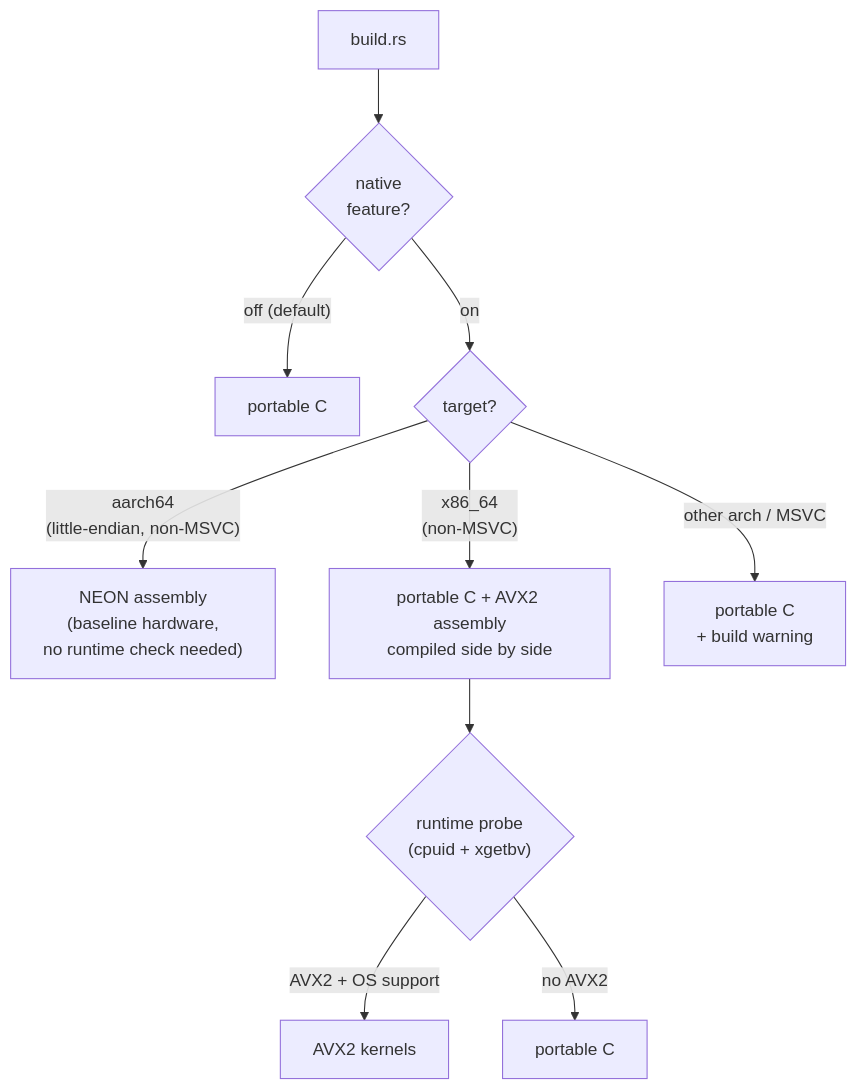
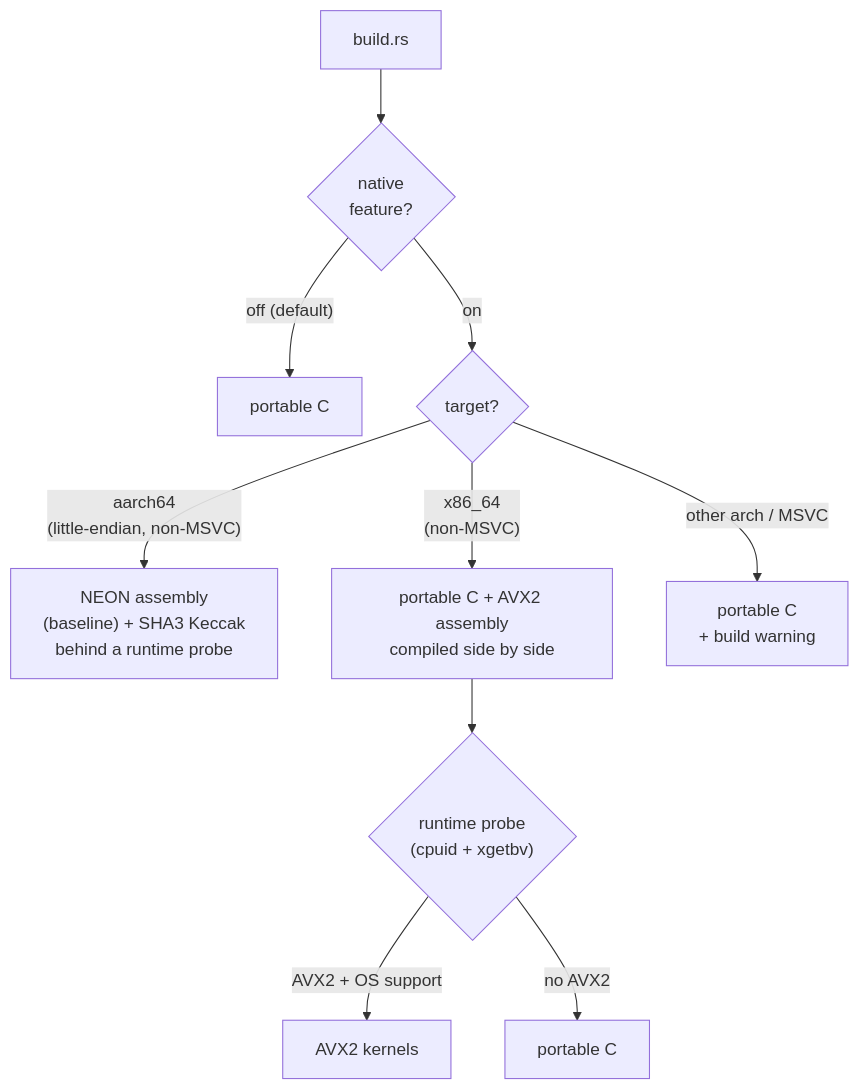
One commit to MystenLabs/mysten-mldsa-native-rs changed the first of 2 diagrams in README.md. Above: the diagram before and after it, drawn with Mermaid. The commit also changed other lines of this file and 5 other files, not shown here.

Commit message:
fix/Gate aarch64 SHA3 kernels at runtime and pin cross-impl signature KATs

````diff
--- a/README.md
+++ b/README.md
@@ -81,13 +84,13 @@
 ```mermaid
 flowchart TD
     A["build.rs"]
     A --> C{"native<br/>feature?"}
     C -- "off (default)" --> P1["portable C"]
     C -- on --> D{"target?"}
-    D -- "aarch64<br/>(little-endian, non-MSVC)" --> N["NEON assembly<br/>(baseline hardware,<br/>no runtime check needed)"]
+    D -- "aarch64<br/>(little-endian, non-MSVC)" --> N["NEON assembly<br/>(baseline) + SHA3 Keccak<br/>behind a runtime probe"]
     D -- "x86_64<br/>(non-MSVC)" --> X["portable C + AVX2 assembly<br/>compiled side by side"]
     D -- "other arch / MSVC" --> P2["portable C<br/>+ build warning"]
     X --> R{"runtime probe<br/>(cpuid + xgetbv)"}
     R -- "AVX2 + OS support" --> AV["AVX2 kernels"]
     R -- "no AVX2" --> P3["portable C"]
 ```
````
